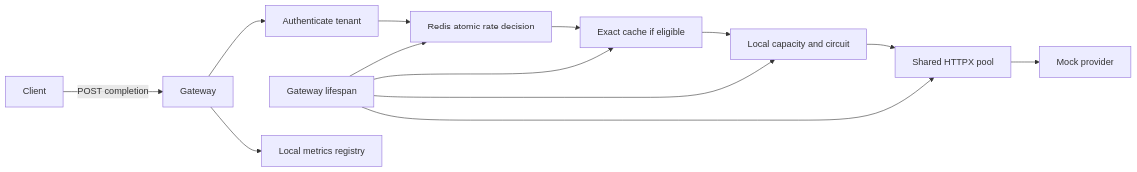
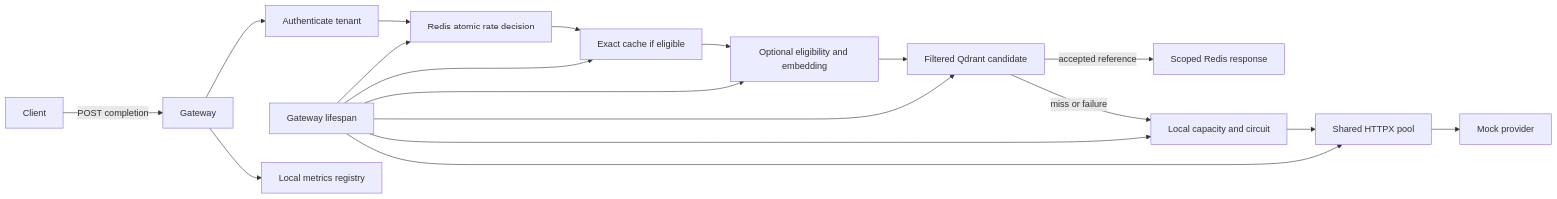
The diagram in docs/architecture.md (ompatelz/SwitchBoard), drawn with Mermaid before and after one commit. The commit also changed other lines of this file and 10 other files, not shown here.

````diff
--- a/docs/architecture.md
+++ b/docs/architecture.md
@@ -52,15 +55,20 @@
 ```mermaid
 flowchart LR
     C[Client] -->|POST completion| G[Gateway]
     G --> A[Authenticate tenant]
     A --> R[Redis atomic rate decision]
     R --> K[Exact cache if eligible]
-    K --> P[Local capacity and circuit]
+    K --> S[Optional eligibility and embedding]
+    S --> Q[Filtered Qdrant candidate]
+    Q -->|accepted reference| C2[Scoped Redis response]
+    Q -->|miss or failure| P[Local capacity and circuit]
     P --> H[Shared HTTPX pool]
     H --> M[Mock provider]
     L[Gateway lifespan] --> H
     L --> R
     L --> K
+    L --> S
+    L --> Q
     L --> P
     G --> T[Local metrics registry]
 ```
````
